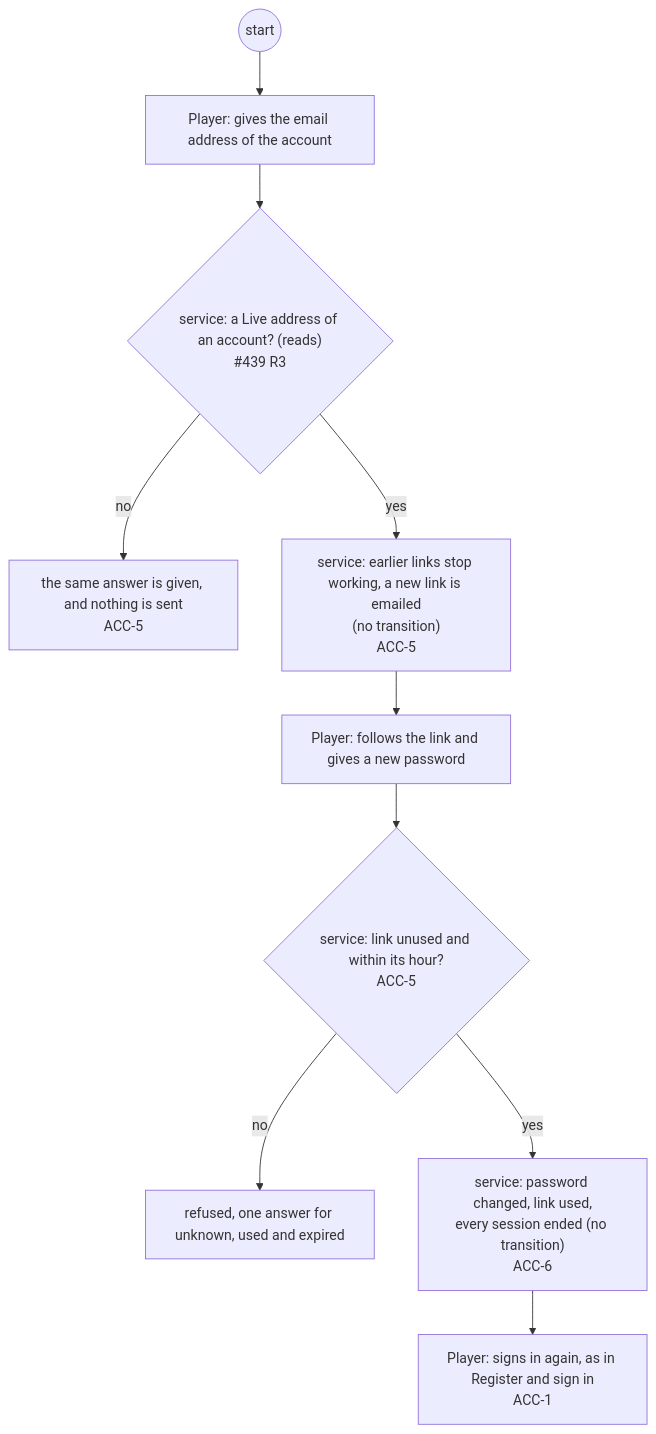
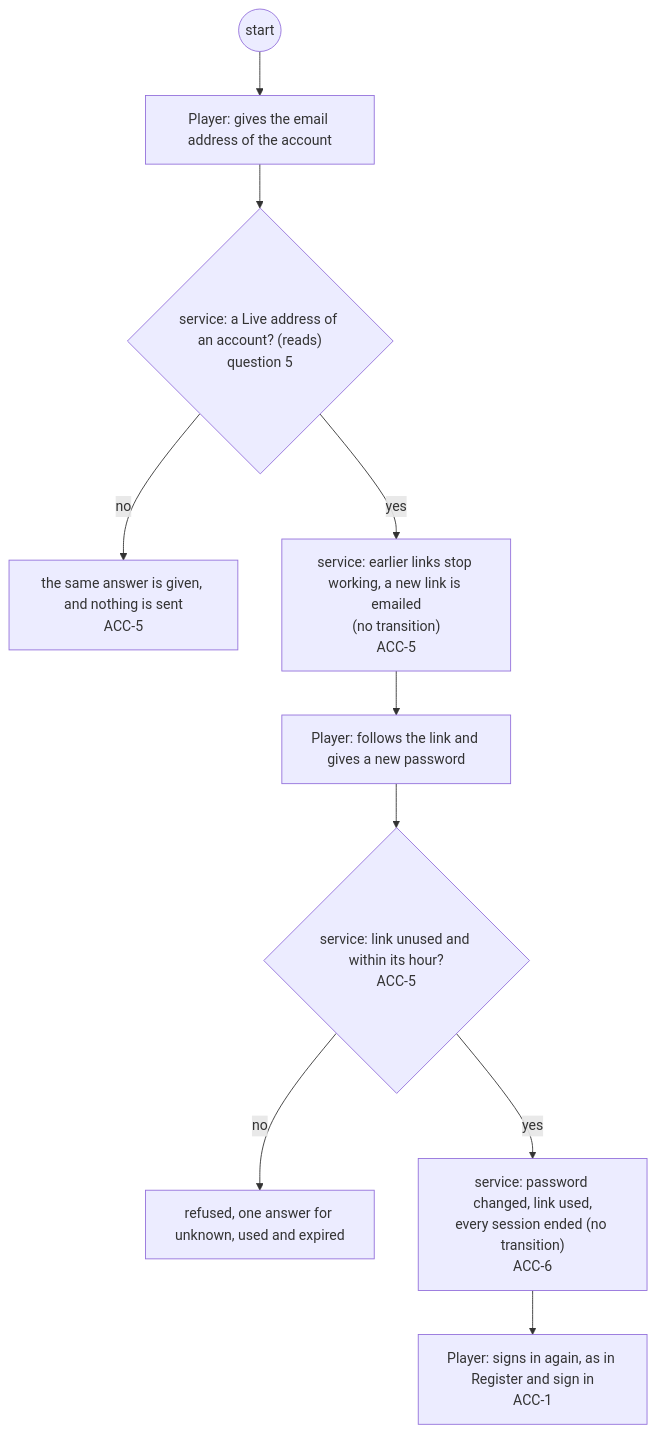
The sixth of 29 diagrams in docs/changes/workstreams/application-game-architecture/71-one-game-model/71-functional.md (delphside/programme), drawn with Mermaid before and after one commit. The commit also changed other lines of this file, not shown here.

````diff
--- a/docs/changes/workstreams/application-game-architecture/71-one-game-model/71-functional.md
+++ b/docs/changes/workstreams/application-game-architecture/71-one-game-model/71-functional.md
@@ -146,12 +156,12 @@
 ```mermaid
 flowchart TD
   s0((start)) --> p1["Player: gives the email address of the account"]
-  p1 --> v2{"service: a Live address of an account? (reads)<br/>#439 R3"}
+  p1 --> v2{"service: a Live address of an account? (reads)<br/>question 5"}
   v2 -- no --> a1["the same answer is given, and nothing is sent<br/>ACC-5"]
   v2 -- yes --> t1["service: earlier links stop working, a new link is emailed<br/>(no transition)<br/>ACC-5"]
   t1 --> p2["Player: follows the link and gives a new password"]
   p2 --> v3{"service: link unused and within its hour?<br/>ACC-5"}
   v3 -- no --> r2["refused, one answer for unknown, used and expired"]
   v3 -- yes --> t2["service: password changed, link used,<br/>every session ended (no transition)<br/>ACC-6"]
   t2 --> p3["Player: signs in again, as in Register and sign in<br/>ACC-1"]
 ```
````
